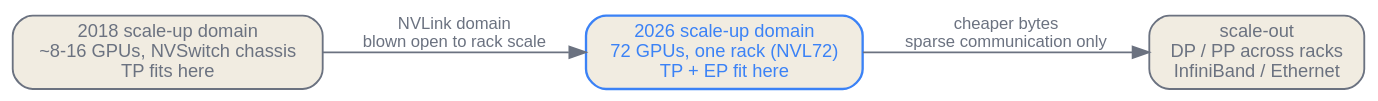
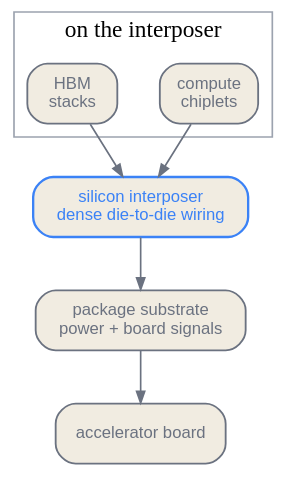
One commit to latere-ai/ai-as-an-infrastructure changed the second of 4 diagrams in en/infrastructure/05-the-compute-frontier.qmd. Above: the diagram before and after it, drawn with Graphviz. The commit also changed other lines of this file and 3 other files, not shown here.

Commit message:
docs: rewrite the compute frontier

````diff
--- a/en/infrastructure/05-the-compute-frontier.qmd
+++ b/en/infrastructure/05-the-compute-frontier.qmd
@@ -140,17 +112,27 @@
 ```{dot}
-//| label: fig-compute-frontier-domain
-//| fig-cap: "The scale-up domain that @sec-accelerators-networking pinned to a node has expanded to a rack. The most bandwidth-hungry parallelism axis can now span 72 accelerators inside one coherent fabric, where before it spanned roughly 8; beyond the domain edge, only sparse communication can afford the slower fabric."
-digraph scaleup {
-  rankdir=LR;
+//| label: fig-compute-frontier-package
+//| fig-cap: "The memory boundary is built from several physical layers. An interposer links compute chiplets and HBM stacks; a package substrate carries the assembly to the board."
+digraph package {
+  rankdir=TB;
   bgcolor="transparent";
-  node [shape=box, style="rounded,filled", fontname="Helvetica", fontsize=11, color="#6b7280", fontcolor="#6b7280", fillcolor="#f1ece1", penwidth=1.1];
-  edge [fontname="Helvetica", fontsize=10, color="#6b7280", fontcolor="#6b7280"];
+  graph [nodesep=0.35, ranksep=0.45];
+  node [shape=box, style="rounded,filled", fontname="Helvetica", fontsize=10,
+        color="#6b7280", fontcolor="#6b7280", fillcolor="#f1ece1", penwidth=1.1];
+  edge [color="#6b7280", arrowsize=0.7];
 
-  old [label="2018 scale-up domain\n~8-16 GPUs, NVSwitch chassis\nTP fits here"];
-  new [label="2026 scale-up domain\n72 GPUs, one rack (NVL72)\nTP + EP fit here", color="#3b82f6", fontcolor="#3b82f6", penwidth=1.4];
-  out [label="scale-out\nDP / PP across racks\nInfiniBand / Ethernet"];
+  subgraph cluster_top {
+    label="on the interposer";
+    color="#9ca3af";
+    compute [label="compute\nchiplets"];
+    hbm [label="HBM\nstacks"];
+  }
+  interposer [label="silicon interposer\ndense die-to-die wiring",
+              color="#3b82f6", fontcolor="#3b82f6", penwidth=1.4];
+  substrate [label="package substrate\npower + board signals"];
+  board [label="accelerator board"];
 
-  old -> new [label="NVLink domain\nblown open to rack scale"];
-  new -> out [label="cheaper bytes\nsparse communication only"];
+  compute -> interposer;
+  hbm -> interposer;
+  interposer -> substrate -> board;
 }
 ```
````
